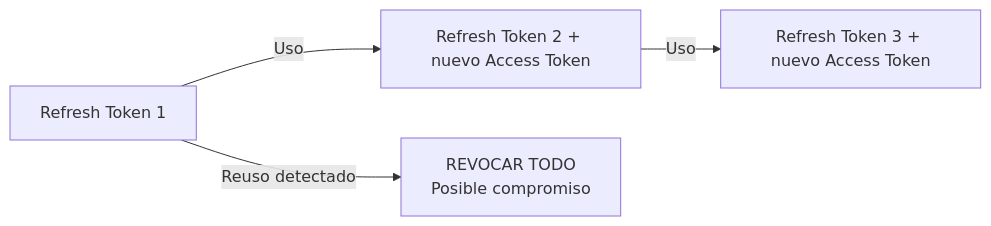
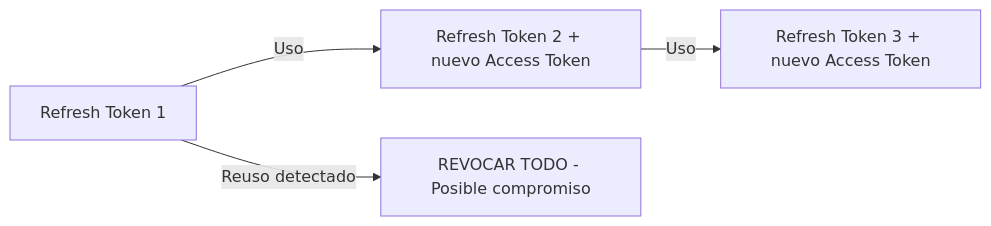
One commit to somospragma/integration-consent-manager changed the seventh of 10 diagrams in docs/architecture/authorization-server-services.md. Above: the diagram before and after it, drawn with Mermaid. The commit also changed other lines of this file and 9 other files, not shown here.

Commit message:
fix: corregir diagramas Mermaid - quitar paréntesis y \n incompatibles con GitHub

````diff
--- a/docs/architecture/authorization-server-services.md
+++ b/docs/architecture/authorization-server-services.md
@@ -632,6 +632,6 @@
 ```mermaid
 graph LR
     RT1[Refresh Token 1] -->|Uso| RT2[Refresh Token 2 + nuevo Access Token]
     RT2 -->|Uso| RT3[Refresh Token 3 + nuevo Access Token]
-    RT1 -->|Reuso detectado| REVOKE[REVOCAR TODO\nPosible compromiso]
+    RT1 -->|Reuso detectado| REVOKE[REVOCAR TODO - Posible compromiso]
 ```
````
